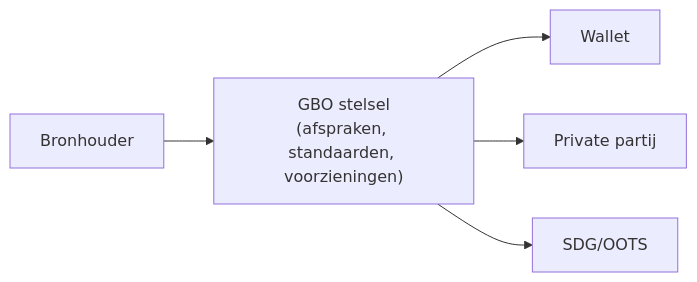
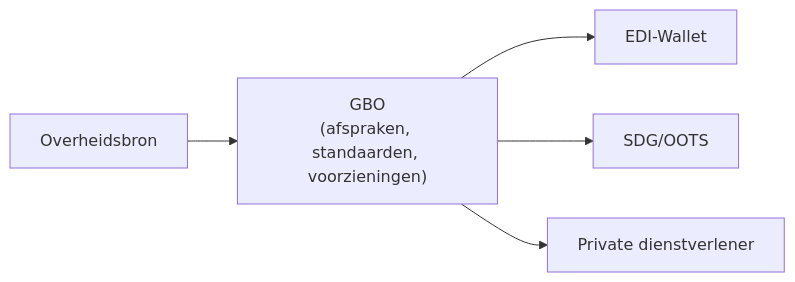
One commit to ICTU/GBO changed the diagram in main/diagrammen/context-diagram.mmd. Above: the diagram before and after it, drawn with Mermaid. The commit also changed 18 other files, not shown here.

````diff
--- a/main/diagrammen/context-diagram.mmd
+++ b/main/diagrammen/context-diagram.mmd
@@ -1,17 +1,13 @@
-```mermaid
-
 flowchart LR
 
-Bronhouder
-DvTP["GBO stelsel
+Bronhouder["Overheidsbron"]
+DvTP["GBO
 (afspraken, standaarden, voorzieningen)"]
-Wallet
-Privaat["Private partij"]
+Wallet["EDI-Wallet"]
 SDG["SDG/OOTS"]
+Privaat["Private dienstverlener"]
 
 Bronhouder --> DvTP
 DvTP --> Wallet
+DvTP --> SDG
 DvTP --> Privaat
-DvTP --> SDG
-
-```
````
